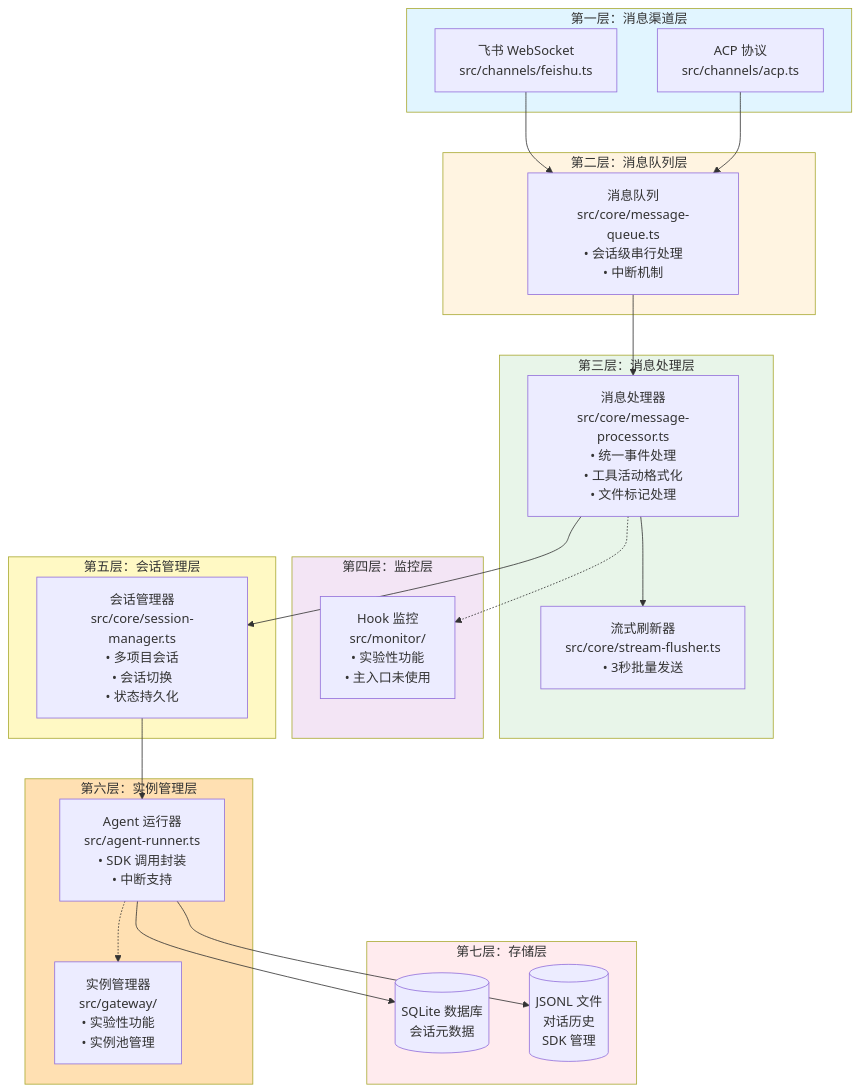
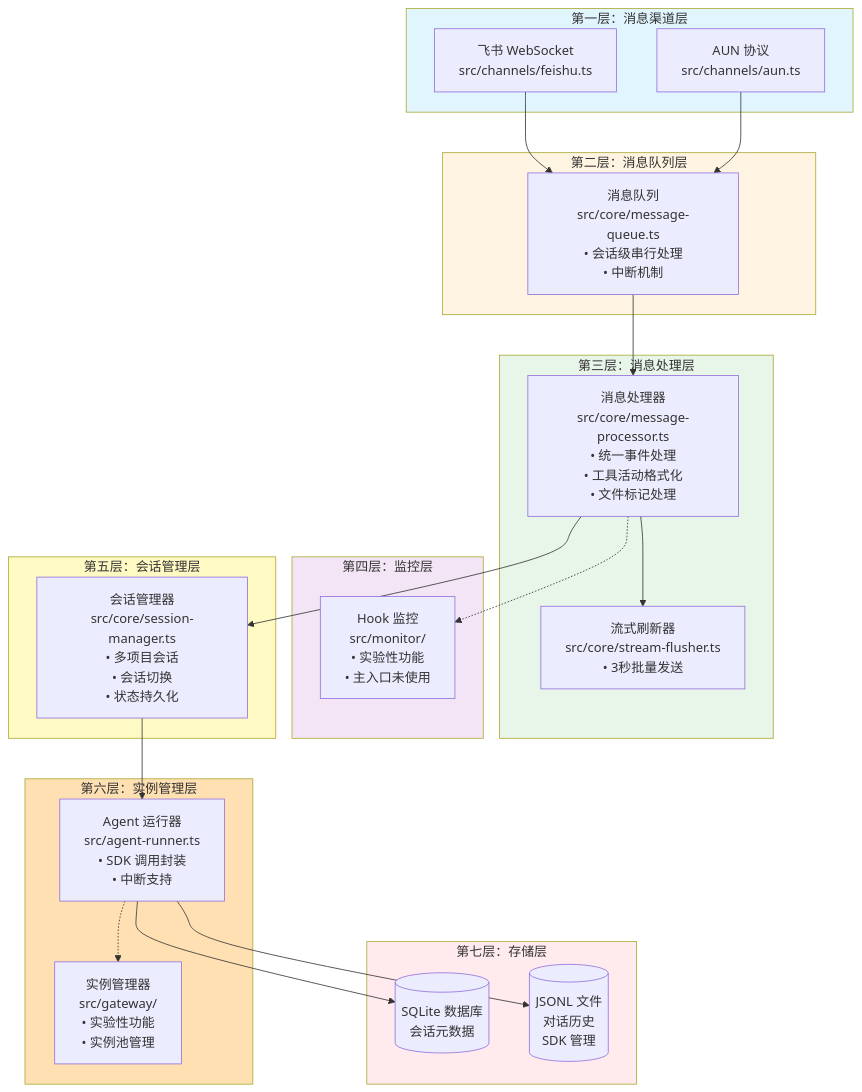
Before and after one commit to eLeanwang/evolclaw: the diagram in docs/architecture-diagram.md, drawn with Mermaid. The commit also changed 53 other files, not shown here.

First line of the commit message:
refactor: ACP→AUN 重命名 + idle-health-tracker→stream-idle-monitor + 文件命名统一

````diff
--- a/docs/architecture-diagram.md
+++ b/docs/architecture-diagram.md
@@ -3,53 +3,53 @@
 ```mermaid
 graph TB
     subgraph Layer1["第一层：消息渠道层"]
         Feishu[飞书 WebSocket<br/>src/channels/feishu.ts]
-        ACP[ACP 协议<br/>src/channels/acp.ts]
+        AUN[AUN 协议<br/>src/channels/aun.ts]
     end
 
     subgraph Layer2["第二层：消息队列层"]
         Queue[消息队列<br/>src/core/message-queue.ts<br/>• 会话级串行处理<br/>• 中断机制]
     end
 
     subgraph Layer3["第三层：消息处理层"]
         Processor[消息处理器<br/>src/core/message-processor.ts<br/>• 统一事件处理<br/>• 工具活动格式化<br/>• 文件标记处理]
         Flusher[流式刷新器<br/>src/core/stream-flusher.ts<br/>• 3秒批量发送]
     end
 
     subgraph Layer4["第四层：监控层"]
         Monitor[Hook 监控<br/>src/monitor/<br/>• 实验性功能<br/>• 主入口未使用]
     end
 
     subgraph Layer5["第五层：会话管理层"]
         SessionMgr[会话管理器<br/>src/core/session-manager.ts<br/>• 多项目会话<br/>• 会话切换<br/>• 状态持久化]
     end
 
     subgraph Layer6["第六层：实例管理层"]
         InstanceMgr[实例管理器<br/>src/gateway/<br/>• 实验性功能<br/>• 实例池管理]
         AgentRunner[Agent 运行器<br/>src/agent-runner.ts<br/>• SDK 调用封装<br/>• 中断支持]
     end
 
     subgraph Layer7["第七层：存储层"]
         SQLite[(SQLite 数据库<br/>会话元数据)]
         JSONL[(JSONL 文件<br/>对话历史<br/>SDK 管理)]
     end
 
     Feishu --> Queue
-    ACP --> Queue
+    AUN --> Queue
     Queue --> Processor
     Processor --> Flusher
     Processor -.-> Monitor
     Processor --> SessionMgr
     SessionMgr --> AgentRunner
     AgentRunner -.-> InstanceMgr
     AgentRunner --> SQLite
     AgentRunner --> JSONL
 
     style Layer1 fill:#e1f5ff
     style Layer2 fill:#fff4e1
     style Layer3 fill:#e8f5e9
     style Layer4 fill:#f3e5f5
     style Layer5 fill:#fff9c4
     style Layer6 fill:#ffe0b2
     style Layer7 fill:#ffebee
 ```
````
